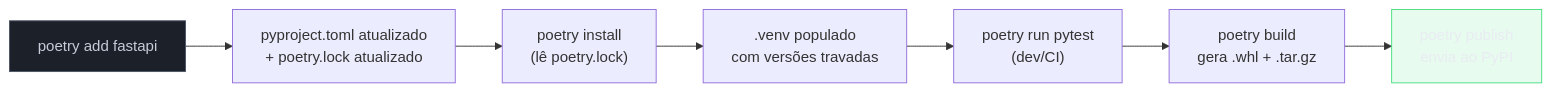
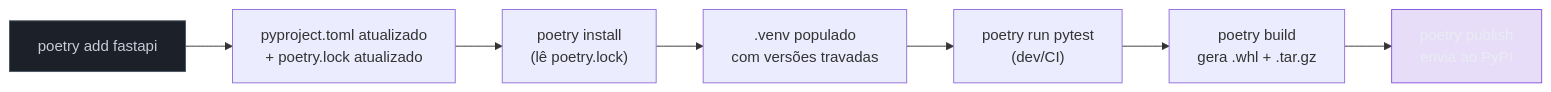
One commit to josenaldo/codex-technomanticus changed the diagram in 03-Dominios/Tecnologia/Python/Build e tooling/05 - Poetry — a alternativa madura.md. Above: the diagram before and after it, drawn with Mermaid. The commit also changed 601 other files, not shown here.

````diff
--- a/03-Dominios/Tecnologia/Python/Build e tooling/05 - Poetry — a alternativa madura.md
+++ b/03-Dominios/Tecnologia/Python/Build e tooling/05 - Poetry — a alternativa madura.md
@@ -269,14 +269,14 @@
 ```mermaid
 flowchart LR
+    classDef marca fill:#8855DF33,stroke:#8855DF,color:#E9ECF2
     classDef neutro fill:#1B2029,stroke:#4E5666,color:#C6CCD8
-    classDef ok fill:#4ADE8021,stroke:#4ADE80,color:#E9ECF2
     A["poetry add fastapi"] --> B["pyproject.toml atualizado<br/>+ poetry.lock atualizado"]
     B --> C["poetry install<br/>(lê poetry.lock)"]
     C --> D[".venv populado<br/>com versões travadas"]
     D --> E["poetry run pytest<br/>(dev/CI)"]
     E --> F["poetry build<br/>gera .whl + .tar.gz"]
     F --> G["poetry publish<br/>envia ao PyPI"]
 
     class A neutro
-    class G ok
+    class G marca
 ```
````
